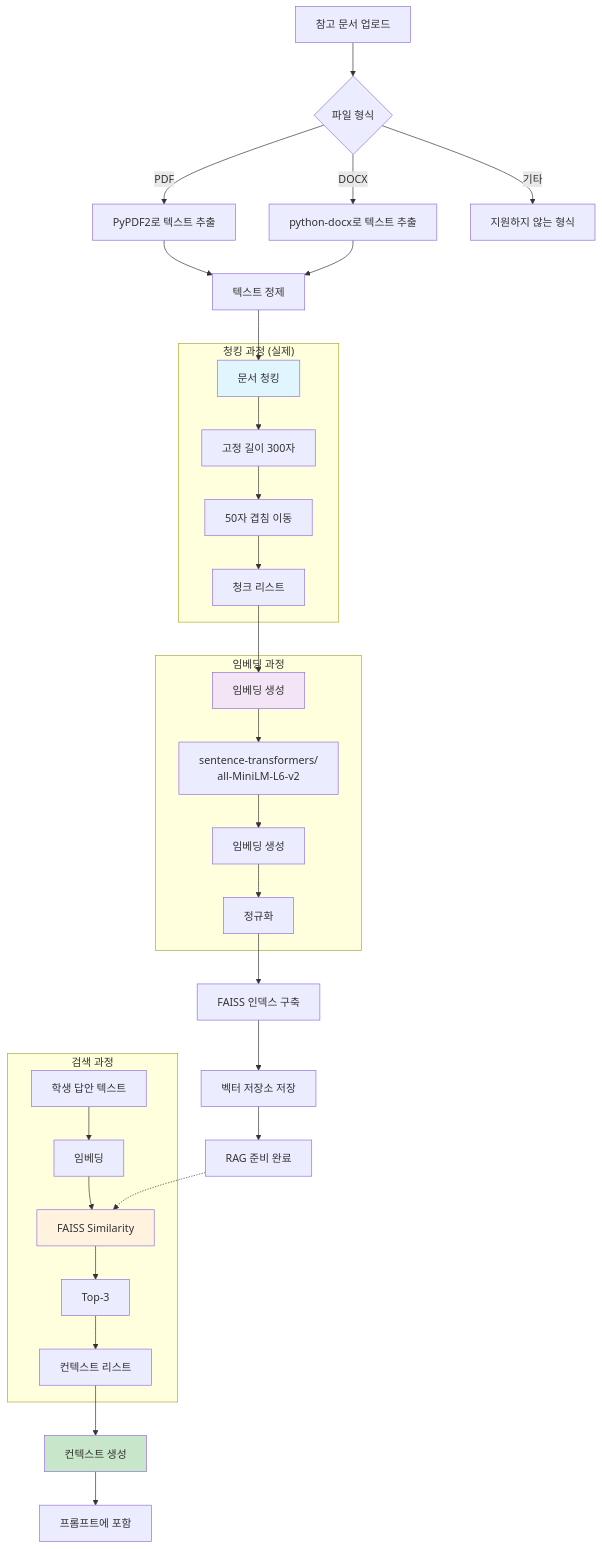
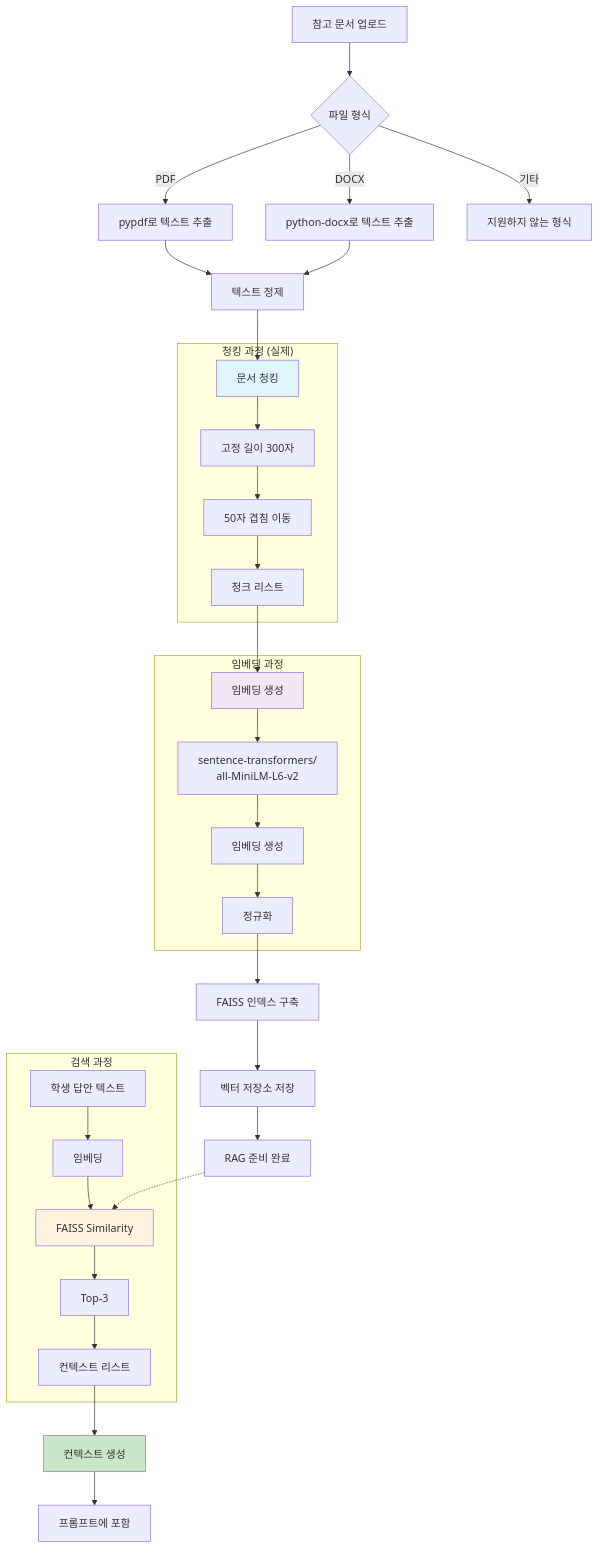
The fourth of 12 diagrams in references/architecture.md (GEOeduHJ/goe_assess_web4), drawn with Mermaid before and after one commit. The commit also changed other lines of this file and 9 other files, not shown here.

````diff
--- a/references/architecture.md
+++ b/references/architecture.md
@@ -212,48 +212,48 @@
 ```mermaid
 flowchart TD
     START[참고 문서 업로드] --> FILE_CHECK{파일 형식}
     
-    FILE_CHECK -->|PDF| PDF_EXTRACT[PyPDF2로 텍스트 추출]
+    FILE_CHECK -->|PDF| PDF_EXTRACT[pypdf로 텍스트 추출]
     FILE_CHECK -->|DOCX| DOCX_EXTRACT[python-docx로 텍스트 추출]
     FILE_CHECK -->|기타| ERROR[지원하지 않는 형식]
     
     PDF_EXTRACT --> CLEAN[텍스트 정제]
     DOCX_EXTRACT --> CLEAN
     
     CLEAN --> CHUNK[문서 청킹]
     
     subgraph "청킹 과정 (실제)"
         CHUNK --> SPLIT[고정 길이 300자]
         SPLIT --> OVERLAP[50자 겹침 이동]
         OVERLAP --> CHUNK_LIST[청크 리스트]
     end
     
     CHUNK_LIST --> EMBED[임베딩 생성]
     
     subgraph "임베딩 과정"
         EMBED --> MODEL[sentence-transformers/<br/>all-MiniLM-L6-v2]
         MODEL --> VECTORS[임베딩 생성]
         VECTORS --> NORM[정규화]
     end
     
     NORM --> FAISS_BUILD[FAISS 인덱스 구축]
     FAISS_BUILD --> STORE[벡터 저장소 저장]
     
     STORE --> READY[RAG 준비 완료]
     
     subgraph "검색 과정"
             QUERY[학생 답안 텍스트] --> QUERY_EMBED[임베딩]
             QUERY_EMBED --> SEARCH[FAISS Similarity]
             SEARCH --> TOP_K[Top-3]
             TOP_K --> RETRIEVE[컨텍스트 리스트]
     end
     
     READY -.-> SEARCH
     RETRIEVE --> CONTEXT[컨텍스트 생성]
     CONTEXT --> PROMPT[프롬프트에 포함]
     
     style CHUNK fill:#e1f5fe
     style EMBED fill:#f3e5f5
     style SEARCH fill:#fff3e0
     style CONTEXT fill:#c8e6c9
 ```
````
